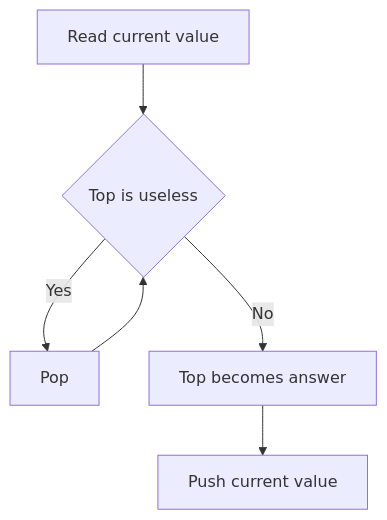
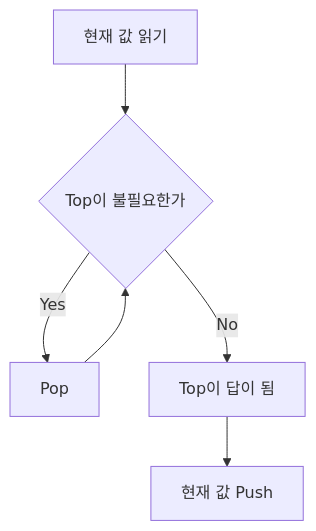
Before and after one commit to mandoobox/mandoobox.github.io: the diagram in _posts/algorithm/2026-03-07-stack.md, drawn with Mermaid. The commit also changed 24 other files, not shown here.

Commit message:
feat: mermaid kr

````diff
--- a/_posts/algorithm/2026-03-07-stack.md
+++ b/_posts/algorithm/2026-03-07-stack.md
@@ -259,8 +259,8 @@
 ```mermaid
 flowchart TD
-    A["Read current value"] --> B{"Top is useless"}
+    A["현재 값 읽기"] --> B{"Top이 불필요한가"}
     B -->|Yes| C["Pop"]
     C --> B
-    B -->|No| D["Top becomes answer"]
-    D --> E["Push current value"]
+    B -->|No| D["Top이 답이 됨"]
+    D --> E["현재 값 Push"]
 ```
````
